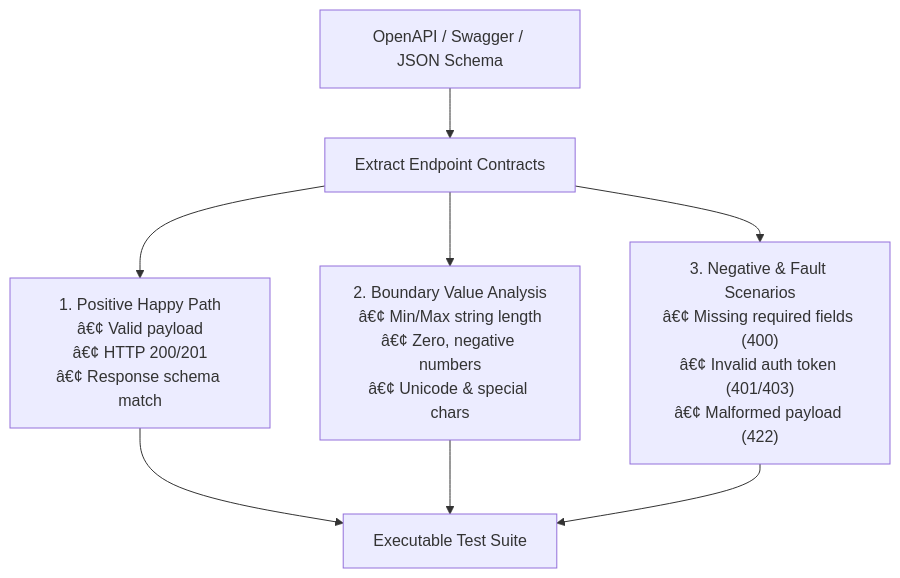
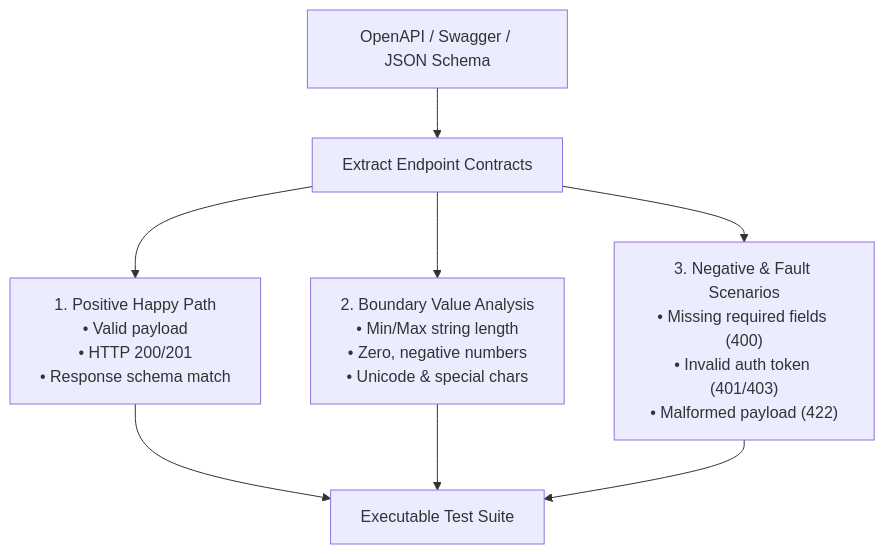
One commit to TeeVee98/Synapse-Hub changed the diagram in .agents/skills/api-spec-to-e2e-matrix/SKILL.md. Above: the diagram before and after it, drawn with Mermaid. The commit also changed other lines of this file and 50 other files, not shown here.

````diff
--- a/.agents/skills/api-spec-to-e2e-matrix/SKILL.md
+++ b/.agents/skills/api-spec-to-e2e-matrix/SKILL.md
@@ -14,9 +14,9 @@
 ```mermaid
 flowchart TD
     Spec["OpenAPI / Swagger / JSON Schema"] --> Parse["Extract Endpoint Contracts"]
-    Parse --> Pos["1. Positive Happy Path<br/>â€¢ Valid payload<br/>â€¢ HTTP 200/201<br/>â€¢ Response schema match"]
-    Parse --> Bound["2. Boundary Value Analysis<br/>â€¢ Min/Max string length<br/>â€¢ Zero, negative numbers<br/>â€¢ Unicode & special chars"]
-    Parse --> Neg["3. Negative & Fault Scenarios<br/>â€¢ Missing required fields (400)<br/>â€¢ Invalid auth token (401/403)<br/>â€¢ Malformed payload (422)"]
+    Parse --> Pos["1. Positive Happy Path<br/>• Valid payload<br/>• HTTP 200/201<br/>• Response schema match"]
+    Parse --> Bound["2. Boundary Value Analysis<br/>• Min/Max string length<br/>• Zero, negative numbers<br/>• Unicode & special chars"]
+    Parse --> Neg["3. Negative & Fault Scenarios<br/>• Missing required fields (400)<br/>• Invalid auth token (401/403)<br/>• Malformed payload (422)"]
 
     Pos & Bound & Neg --> Suite["Executable Test Suite"]
 ```
````
